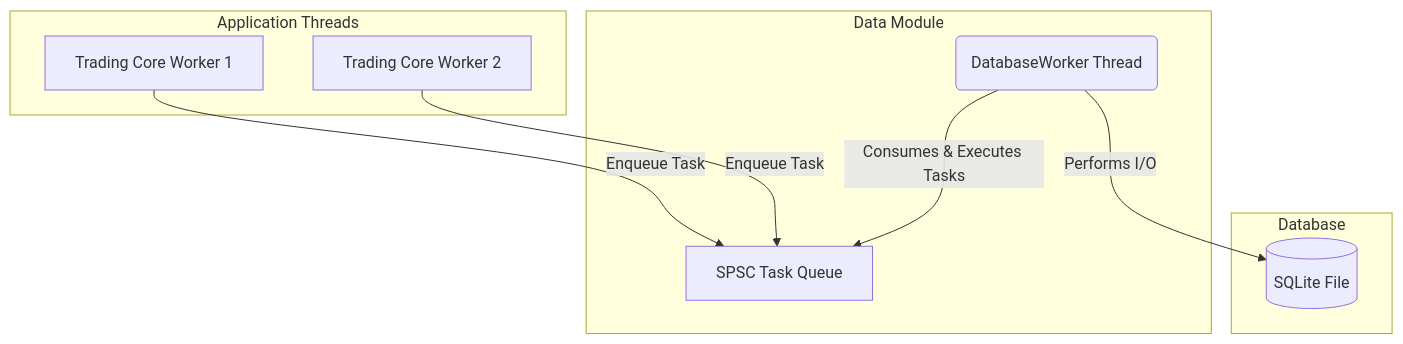
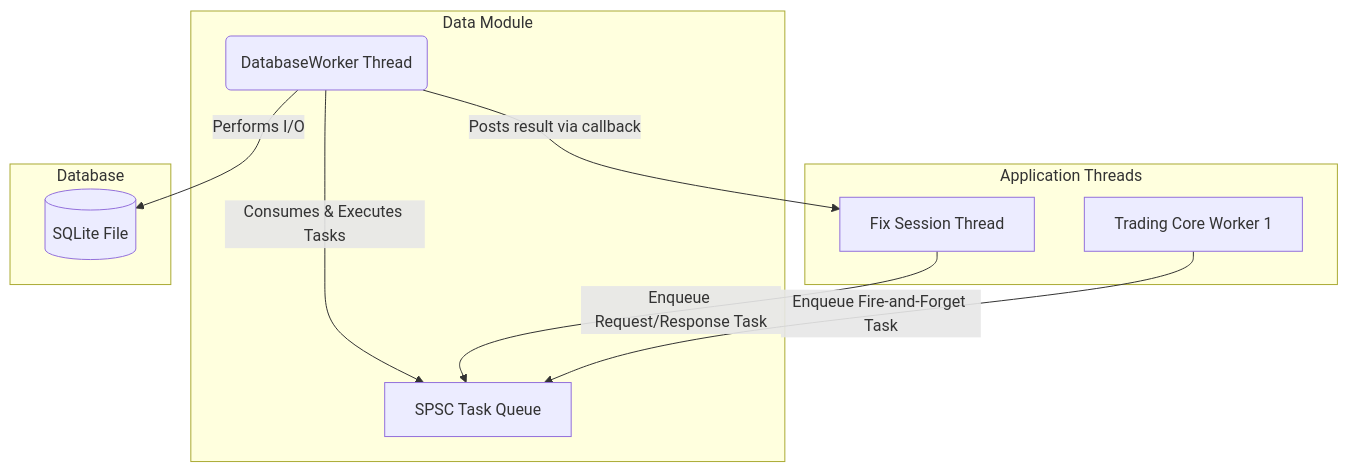
The first of 2 diagrams in core/data/TSD.md (SujalChoudhari/BetaTrader), drawn with Mermaid before and after one commit. The commit also changed other lines of this file, not shown here.

````diff
--- a/core/data/TSD.md
+++ b/core/data/TSD.md
@@ -15,21 +16,22 @@
 ```mermaid
 graph TD
     subgraph Application Threads
         T1[Trading Core Worker 1]
-        T2[Trading Core Worker 2]
+        T2[Fix Session Thread]
     end
 
     subgraph Data Module
         Q[SPSC Task Queue]
         DBW(DatabaseWorker Thread)
     end
 
     subgraph Database
         DB[(SQLite File)]
     end
 
-    T1 -- "Enqueue Task" --> Q
-    T2 -- "Enqueue Task" --> Q
+    T1 -- "Enqueue Fire-and-Forget Task" --> Q
+    T2 -- "Enqueue Request/Response Task" --> Q
     DBW -- "Consumes & Executes Tasks" --> Q
     DBW -- "Performs I/O" --> DB
+    DBW -- "Posts result via callback" --> T2
 ```
````
